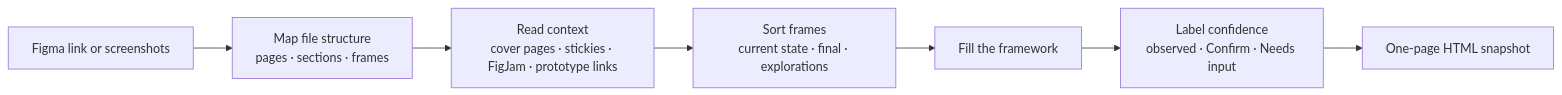
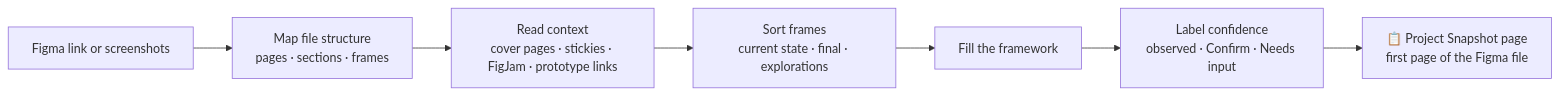
The diagram in README.md (raghurai/UXsnapshot), drawn with Mermaid before and after one commit. The commit also changed other lines of this file and 3 other files, not shown here.

Commit message:
Output the snapshot as a cover page inside the Figma file

````diff
--- a/README.md
+++ b/README.md
@@ -66,9 +66,9 @@
 ```mermaid
 flowchart LR
   A[Figma link or screenshots] --> B[Map file structure<br/>pages · sections · frames]
   B --> C[Read context<br/>cover pages · stickies · FigJam · prototype links]
   C --> D[Sort frames<br/>current state · final · explorations]
   D --> E[Fill the framework]
   E --> F[Label confidence<br/>observed · Confirm · Needs input]
-  F --> G[One-page HTML snapshot]
+  F --> G[📋 Project Snapshot page<br/>first page of the Figma file]
 ```
````
